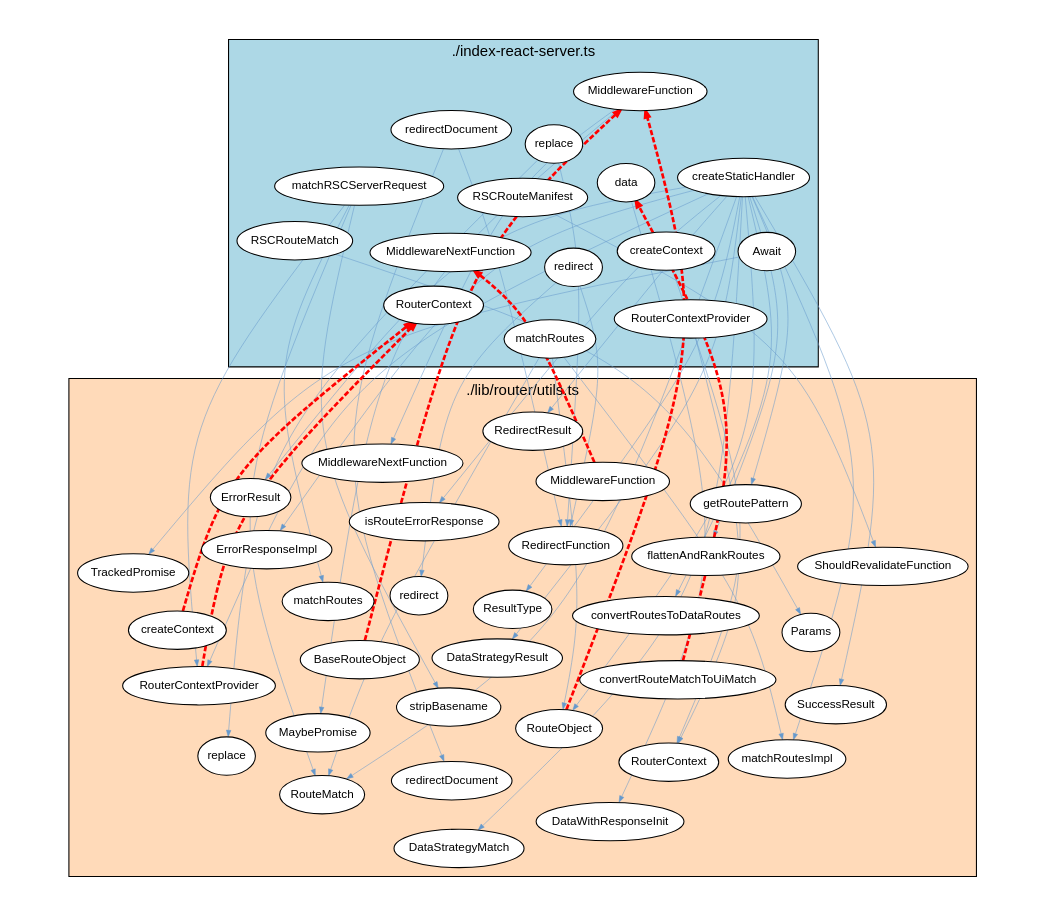
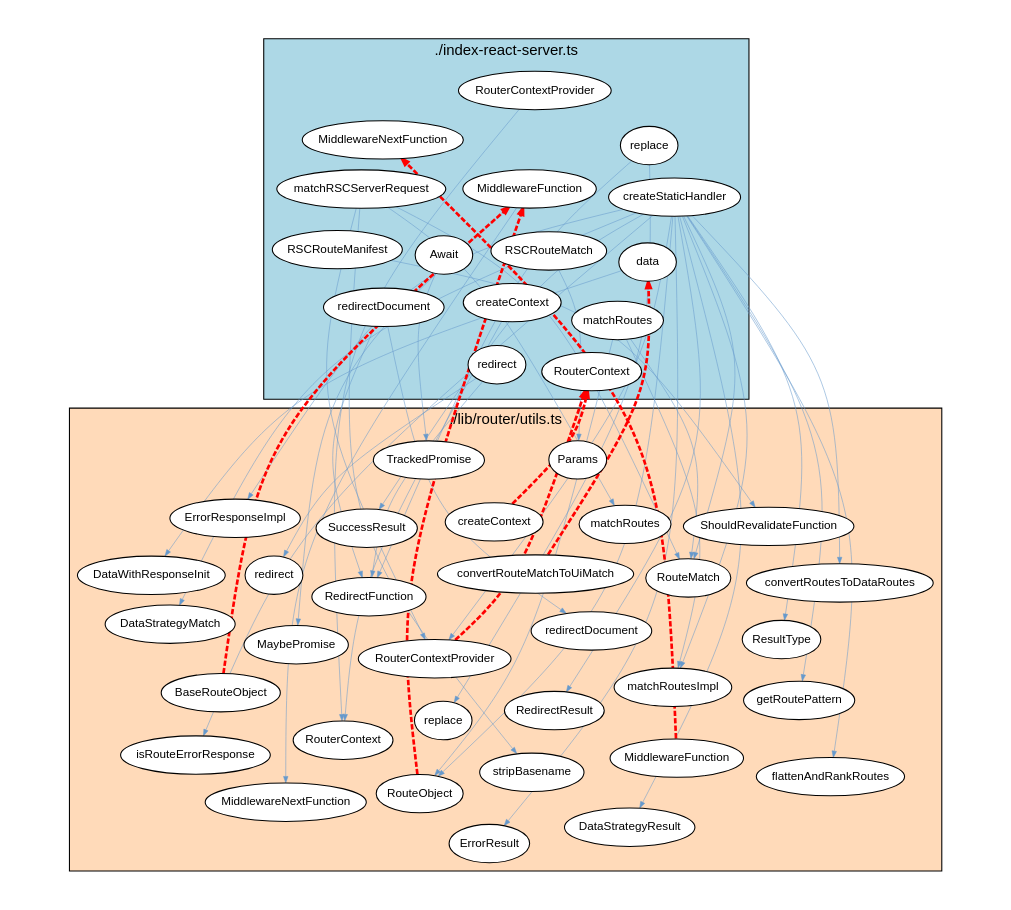
Before and after one commit to JohT/code-graph-analysis-examples: the diagram in analysis-results/react-router/react-router-7.18.1/cyclic-dependencies/Typescript_Module/Graph_Visualizations/graphviz/TypescriptModuleCyclicDependencies3.gv, drawn with Graphviz. The commit also changed other lines of this file and 509 other files, not shown here.

```diff
--- a/analysis-results/react-router/react-router-7.18.1/cyclic-dependencies/Typescript_Module/Graph_Visualizations/graphviz/TypescriptModuleCyclicDependencies3.gv
+++ b/analysis-results/react-router/react-router-7.18.1/cyclic-dependencies/Typescript_Module/Graph_Visualizations/graphviz/TypescriptModuleCyclicDependencies3.gv
@@ -1,109 +1,109 @@
 strict digraph cycle {
     graph [layout = "fdp"; start = "7"; splines = "curved"; pad = "0.8,0.4"; outputorder = "edgesfirst";];
     graph [fontname = "Helvetica,Arial,sans-serif"; labelloc = "t";];
     node [fontname = "Helvetica,Arial,sans-serif"; style = "filled"; fillcolor = "white";];
     node [fontsize = 11; margin = "0.05,0.05";];
     edge [fontsize = 9; arrowsize = "0.6";];
 
     subgraph cluster_package {
         label="./index-react-server.ts";
         style="filled";
         fillcolor="lightblue";
+        "RSCRouteMatch";
         "replace_pkg" [label="replace"];
-        "RSCRouteMatch";
         "MiddlewareFunction_pkg" [label="MiddlewareFunction"];
         "redirect_pkg" [label="redirect"];
         "RouterContext_pkg" [label="RouterContext"];
         "createStaticHandler";
         "MiddlewareNextFunction_pkg" [label="MiddlewareNextFunction"];
         "matchRSCServerRequest";
         "RouterContextProvider_pkg" [label="RouterContextProvider"];
         "Await";
         "data";
         "matchRoutes_pkg" [label="matchRoutes"];
+        "redirectDocument_pkg" [label="redirectDocument"];
         "createContext_pkg" [label="createContext"];
-        "redirectDocument_pkg" [label="redirectDocument"];
         "RSCRouteManifest";
     }
 
     subgraph cluster_dependent {
         label="./lib/router/utils.ts";
         style="filled";
         fillcolor="peachpuff";
-        "replace_dep" [label="replace"];
-        "flattenAndRankRoutes";
         "RedirectResult";
         "stripBasename";
+        "flattenAndRankRoutes";
+        "replace_dep" [label="replace"];
         "MiddlewareFunction_dep" [label="MiddlewareFunction"];
         "getRoutePattern";
         "convertRoutesToDataRoutes";
         "ErrorResponseImpl";
+        "RedirectFunction";
         "ErrorResult";
-        "RedirectFunction";
         "TrackedPromise";
+        "redirect_dep" [label="redirect"];
+        "matchRoutesImpl";
+        "DataWithResponseInit";
+        "RouterContext_dep" [label="RouterContext"];
         "isRouteErrorResponse";
-        "matchRoutesImpl";
-        "RouterContext_dep" [label="RouterContext"];
-        "DataWithResponseInit";
-        "redirect_dep" [label="redirect"];
         "convertRouteMatchToUiMatch";
         "MiddlewareNextFunction_dep" [label="MiddlewareNextFunction"];
         "SuccessResult";
+        "DataStrategyMatch";
         "ShouldRevalidateFunction";
-        "DataStrategyMatch";
         "ResultType";
         "RouterContextProvider_dep" [label="RouterContextProvider"];
         "matchRoutes_dep" [label="matchRoutes"];
         "RouteMatch";
         "BaseRouteObject";
         "redirectDocument_dep" [label="redirectDocument"];
         "createContext_dep" [label="createContext"];
+        "Params";
         "DataStrategyResult";
-        "Params";
         "MaybePromise";
         "RouteObject";
     }
 
+    "createStaticHandler" -> "ErrorResponseImpl" [color="#6699CC"; penwidth="0.5"];
     "replace_pkg" -> "replace_dep" [color="#6699CC"; penwidth="0.5"];
-    "createStaticHandler" -> "ErrorResponseImpl" [color="#6699CC"; penwidth="0.5"];
+    "matchRSCServerRequest" -> "RouterContextProvider_dep" [color="#6699CC"; penwidth="0.5"];
     "createStaticHandler" -> "RouterContextProvider_dep" [color="#6699CC"; penwidth="0.5"];
-    "matchRSCServerRequest" -> "RouterContextProvider_dep" [color="#6699CC"; penwidth="0.5"];
     "createStaticHandler" -> "flattenAndRankRoutes" [color="#6699CC"; penwidth="0.5"];
+    "redirect_pkg" -> "redirect_dep" [color="#6699CC"; penwidth="0.5"];
     "matchRoutes_pkg" -> "RouteObject" [color="#6699CC"; penwidth="0.5"];
-    "redirect_pkg" -> "redirect_dep" [color="#6699CC"; penwidth="0.5"];
-    "matchRSCServerRequest" -> "matchRoutes_dep" [color="#6699CC"; penwidth="0.5"];
     "createStaticHandler" -> "RedirectResult" [color="#6699CC"; penwidth="0.5"];
     "createStaticHandler" -> "SuccessResult" [color="#6699CC"; penwidth="0.5"];
+    "matchRSCServerRequest" -> "matchRoutes_dep" [color="#6699CC"; penwidth="0.5"];
+    "redirectDocument_pkg" -> "redirectDocument_dep" [color="#6699CC"; penwidth="0.5"];
     "matchRSCServerRequest" -> "RouteMatch" [color="#6699CC"; penwidth="0.5"];
-    "redirectDocument_pkg" -> "redirectDocument_dep" [color="#6699CC"; penwidth="0.5"];
+    "createStaticHandler" -> "DataStrategyMatch" [color="#6699CC"; penwidth="0.5"];
+    "RSCRouteManifest" -> "ShouldRevalidateFunction" [color="#6699CC"; penwidth="0.5"];
+    "RouterContextProvider_pkg" -> "RouterContext_dep" [color="#6699CC"; penwidth="0.5"];
     "createStaticHandler" -> "isRouteErrorResponse" [color="#6699CC"; penwidth="0.5"];
-    "RouterContextProvider_pkg" -> "RouterContext_dep" [color="#6699CC"; penwidth="0.5"];
-    "RSCRouteManifest" -> "ShouldRevalidateFunction" [color="#6699CC"; penwidth="0.5"];
-    "createStaticHandler" -> "DataStrategyMatch" [color="#6699CC"; penwidth="0.5"];
+    "RSCRouteMatch" -> "Params" [color="#6699CC"; penwidth="0.5"];
+    "matchRoutes_pkg" -> "RouteMatch" [color="#6699CC"; penwidth="0.5"];
     "createContext_pkg" -> "RouterContext_dep" [color="#6699CC"; penwidth="0.5"];
-    "matchRoutes_pkg" -> "RouteMatch" [color="#6699CC"; penwidth="0.5"];
     "createStaticHandler" -> "convertRoutesToDataRoutes" [color="#6699CC"; penwidth="0.5"];
-    "RSCRouteMatch" -> "Params" [color="#6699CC"; penwidth="0.5"];
     "createStaticHandler" -> "ResultType" [color="#6699CC"; penwidth="0.5"];
     "Await" -> "TrackedPromise" [color="#6699CC"; penwidth="0.5"];
     "matchRSCServerRequest" -> "stripBasename" [color="#6699CC"; penwidth="0.5"];
+    "replace_pkg" -> "RedirectFunction" [color="#6699CC"; penwidth="0.5"];
     "createStaticHandler" -> "RouteMatch" [color="#6699CC"; penwidth="0.5"];
-    "replace_pkg" -> "RedirectFunction" [color="#6699CC"; penwidth="0.5"];
+    "redirectDocument_pkg" -> "RedirectFunction" [color="#6699CC"; penwidth="0.5"];
     "matchRoutes_pkg" -> "matchRoutesImpl" [color="#6699CC"; penwidth="0.5"];
-    "redirectDocument_pkg" -> "RedirectFunction" [color="#6699CC"; penwidth="0.5"];
+    "data" -> "DataWithResponseInit" [color="#6699CC"; penwidth="0.5"];
     "createStaticHandler" -> "RouteObject" [color="#6699CC"; penwidth="0.5"];
-    "data" -> "DataWithResponseInit" [color="#6699CC"; penwidth="0.5"];
+    "redirect_pkg" -> "RedirectFunction" [color="#6699CC"; penwidth="0.5"];
     "createStaticHandler" -> "getRoutePattern" [color="#6699CC"; penwidth="0.5"];
-    "redirect_pkg" -> "RedirectFunction" [color="#6699CC"; penwidth="0.5"];
-    "MiddlewareFunction_pkg" -> "MiddlewareNextFunction_dep" [color="#6699CC"; penwidth="0.5"];
     "MiddlewareFunction_pkg" -> "MaybePromise" [color="#6699CC"; penwidth="0.5"];
     "createStaticHandler" -> "DataStrategyResult" [color="#6699CC"; penwidth="0.5"];
+    "MiddlewareFunction_pkg" -> "MiddlewareNextFunction_dep" [color="#6699CC"; penwidth="0.5"];
     "createStaticHandler" -> "matchRoutesImpl" [color="#6699CC"; penwidth="0.5"];
     "createStaticHandler" -> "ErrorResult" [color="#6699CC"; penwidth="0.5"];
     "RouteObject" -> "MiddlewareFunction_pkg" [color="red"; penwidth="2.5"; style="dashed";];
     "RouterContextProvider_dep" -> "RouterContext_pkg" [color="red"; penwidth="2.5"; style="dashed";];
     "createContext_dep" -> "RouterContext_pkg" [color="red"; penwidth="2.5"; style="dashed";];
     "BaseRouteObject" -> "MiddlewareFunction_pkg" [color="red"; penwidth="2.5"; style="dashed";];
     "convertRouteMatchToUiMatch" -> "data" [color="red"; penwidth="2.5"; style="dashed";];
     "MiddlewareFunction_dep" -> "MiddlewareNextFunction_pkg" [color="red"; penwidth="2.5"; style="dashed";];
 }
```
